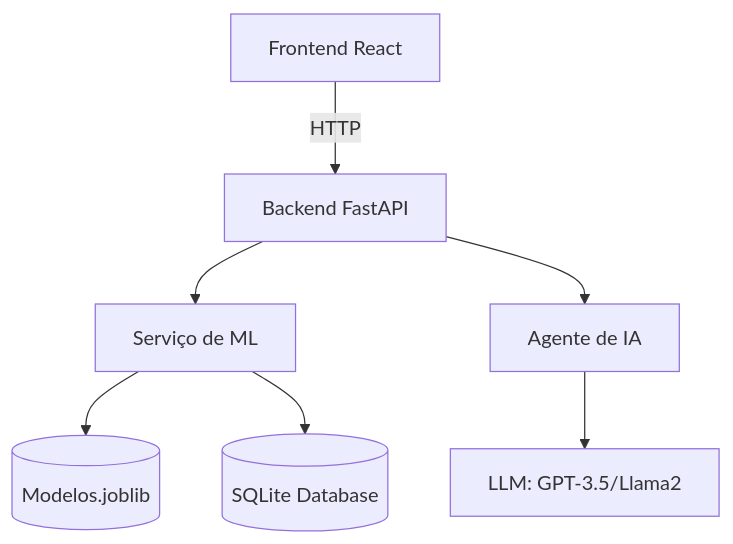
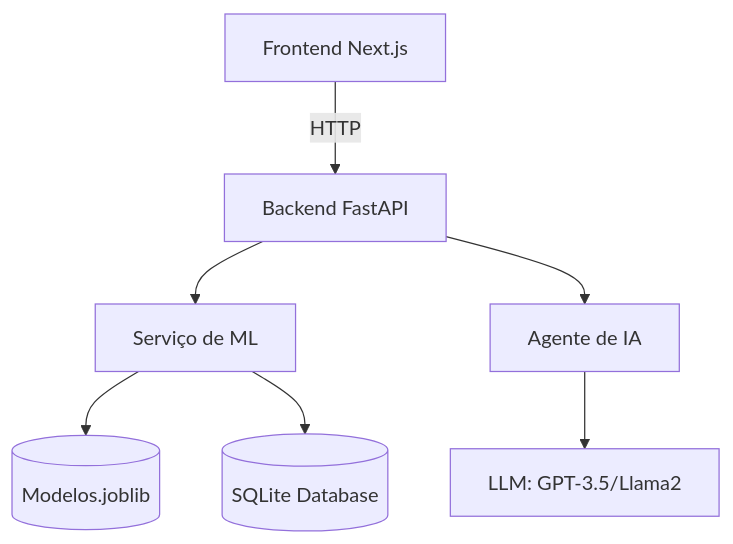
Before and after one commit to victorhorat/ProdWise: the first of 2 diagrams in README.md, drawn with Mermaid. The commit also changed other lines of this file and 24 other files, not shown here.

````diff
--- a/README.md
+++ b/README.md
@@ -19,9 +19,9 @@
 ```mermaid
 graph TD
-    A[Frontend React] -->|HTTP| B[Backend FastAPI]
+    A[Frontend Next.js] -->|HTTP| B[Backend FastAPI]
     B --> C[Serviço de ML]
     B --> D[Agente de IA]
     C --> E[(Modelos.joblib)]  
     C --> F[(SQLite Database)]  
     D --> G[LLM: GPT-3.5/Llama2]
 ```
````
